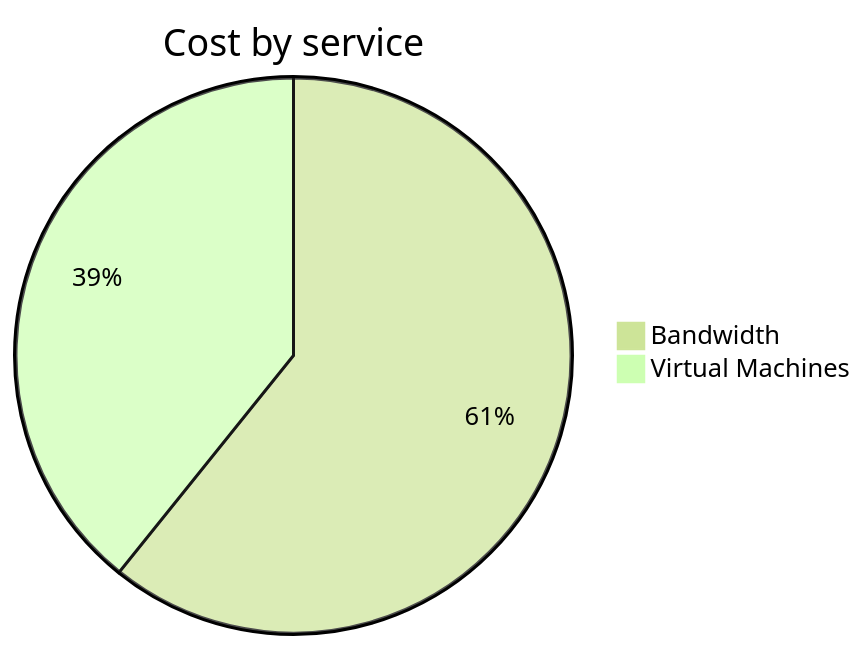
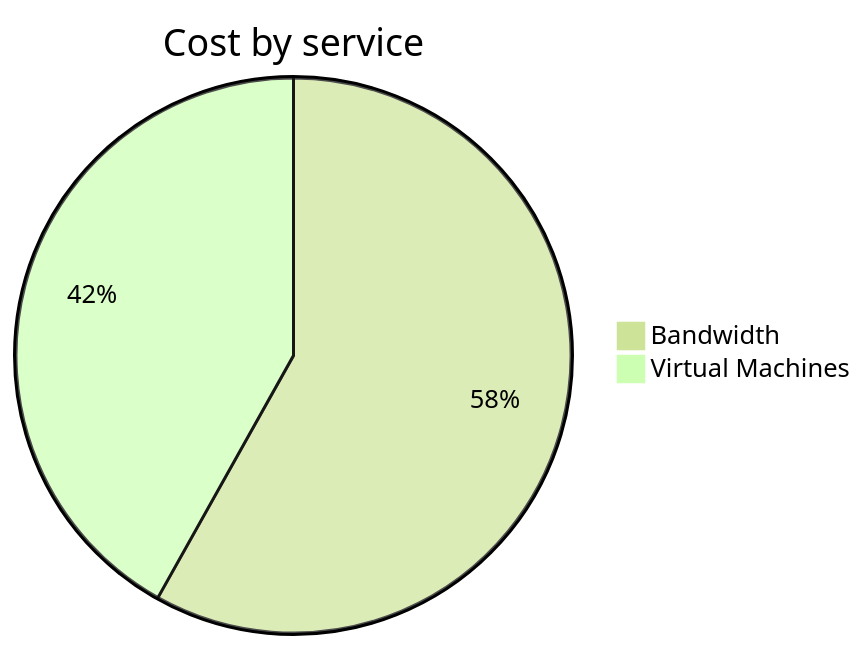
Before and after one commit to jpfulton/azure-personal-reports: the second of 4 diagrams in cost-reports/personal-network/vpn-server.md, drawn with Mermaid (forest theme). The commit also changed other lines of this file and 8 other files, not shown here.

````diff
--- a/cost-reports/personal-network/vpn-server.md
+++ b/cost-reports/personal-network/vpn-server.md
@@ -96,6 +96,6 @@
 ```mermaid
 pie
    title Cost by service
    "Bandwidth" : 2.79
-   "Virtual Machines" : 1.80
+   "Virtual Machines" : 2.01
 ```
````
